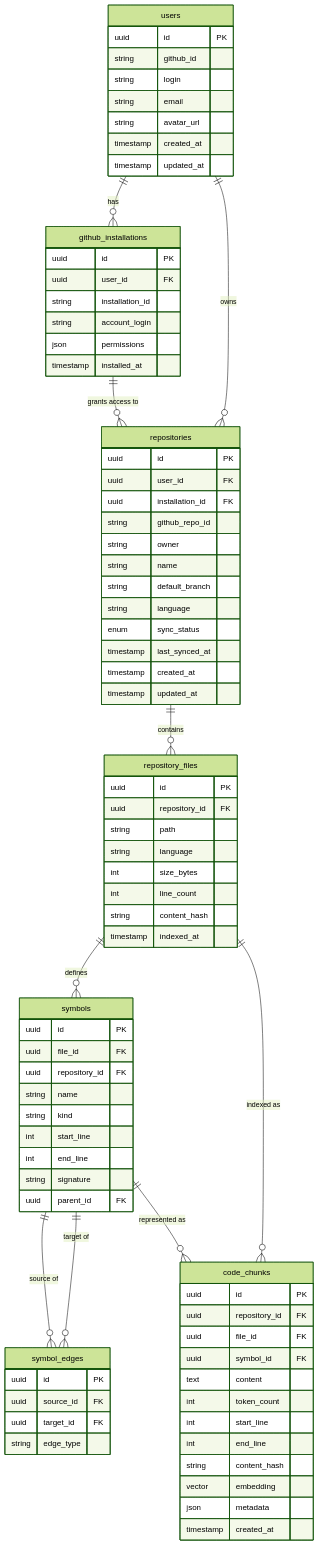
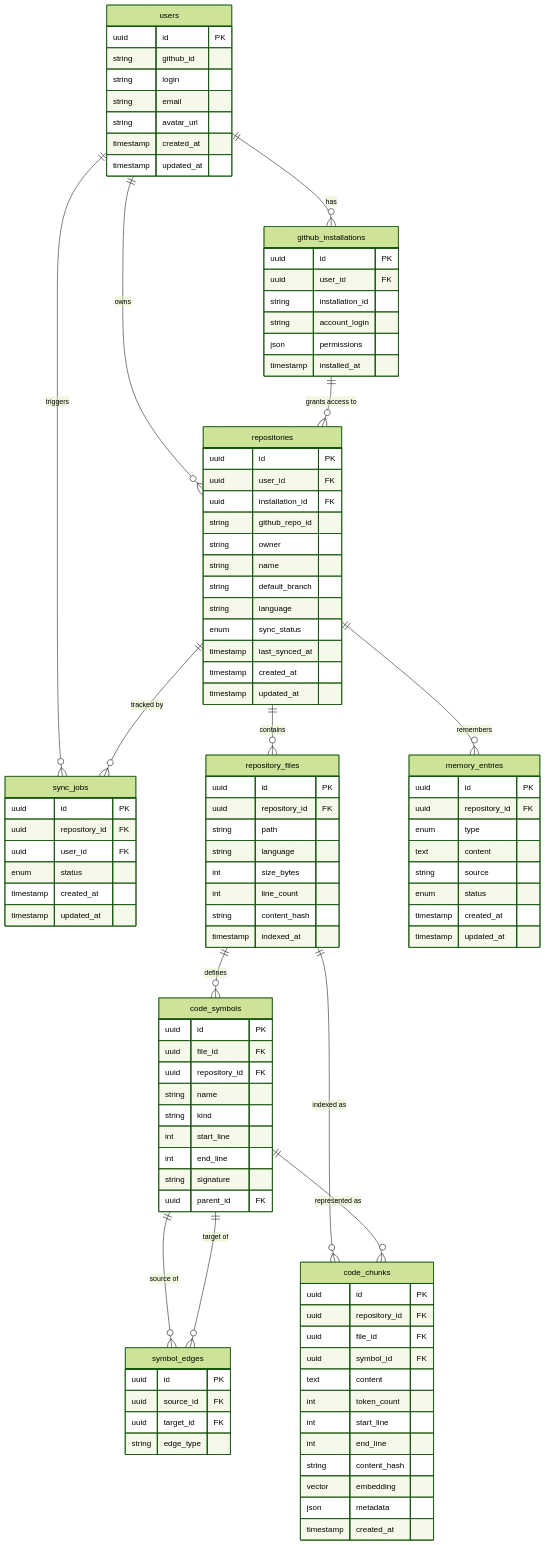
The diagram in Docs/engineering/07_database_documentation.md (Meetvirugama/AI-Powered-Software-Development-Platform), drawn with Mermaid (forest theme) before and after one commit. The commit also changed other lines of this file and 20 other files, not shown here.

First line of the commit message:
docs: align all documentation files with implementation and Week 2/3 roadmap

````diff
--- a/Docs/engineering/07_database_documentation.md
+++ b/Docs/engineering/07_database_documentation.md
@@ -55,6 +55,15 @@
         timestamp updated_at
     }
 
+    sync_jobs {
+        uuid id PK
+        uuid repository_id FK
+        uuid user_id FK
+        enum status
+        timestamp created_at
+        timestamp updated_at
+    }
+
     repository_files {
         uuid id PK
         uuid repository_id FK
@@ -66,7 +75,7 @@
         timestamp indexed_at
     }
 
-    symbols {
+    code_symbols {
         uuid id PK
         uuid file_id FK
         uuid repository_id FK
@@ -100,13 +109,27 @@
         timestamp created_at
     }
 
+    memory_entries {
+        uuid id PK
+        uuid repository_id FK
+        enum type
+        text content
+        string source
+        enum status
+        timestamp created_at
+        timestamp updated_at
+    }
+
     users ||--o{ github_installations : "has"
     users ||--o{ repositories : "owns"
+    users ||--o{ sync_jobs : "triggers"
     github_installations ||--o{ repositories : "grants access to"
     repositories ||--o{ repository_files : "contains"
-    repository_files ||--o{ symbols : "defines"
-    symbols ||--o{ symbol_edges : "source of"
-    symbols ||--o{ symbol_edges : "target of"
+    repositories ||--o{ sync_jobs : "tracked by"
+    repositories ||--o{ memory_entries : "remembers"
+    repository_files ||--o{ code_symbols : "defines"
+    code_symbols ||--o{ symbol_edges : "source of"
+    code_symbols ||--o{ symbol_edges : "target of"
     repository_files ||--o{ code_chunks : "indexed as"
-    symbols ||--o{ code_chunks : "represented as"
+    code_symbols ||--o{ code_chunks : "represented as"
 ```
````
